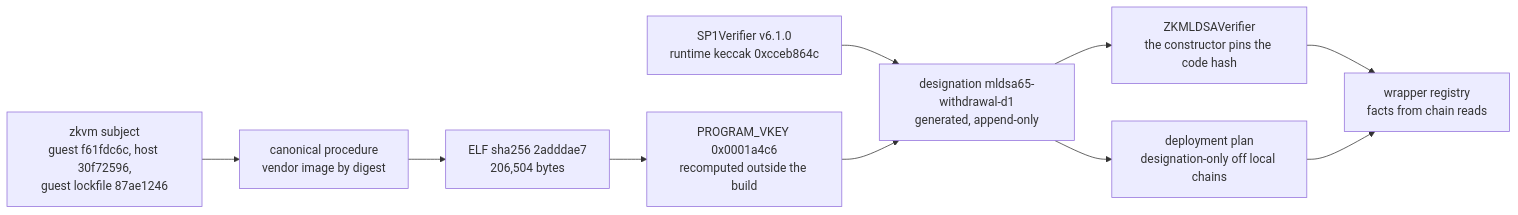
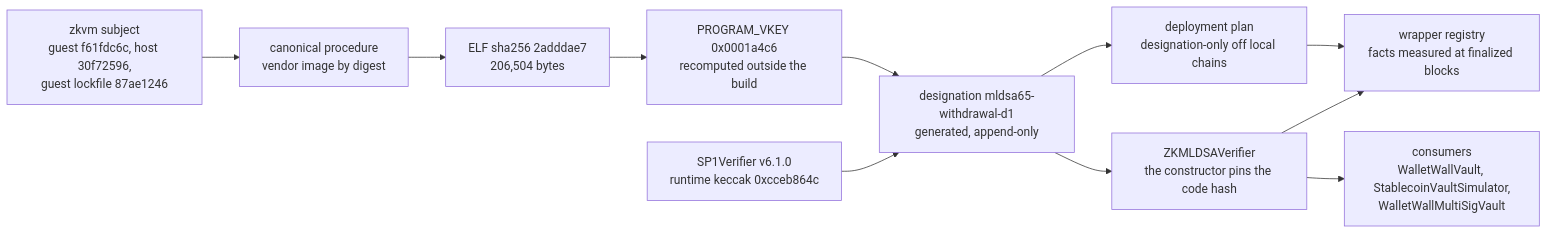
One commit to Wallet-Wall/walletwall-vault changed the first of 3 diagrams in docs/SP1_Implementation_Pin_Designation_Registry.md. Above: the diagram before and after it, drawn with Mermaid. The commit also changed other lines of this file and 4 other files, not shown here.

````diff
--- a/docs/SP1_Implementation_Pin_Designation_Registry.md
+++ b/docs/SP1_Implementation_Pin_Designation_Registry.md
@@ -52,12 +58,13 @@
 ```mermaid
 flowchart LR
   S["zkvm subject<br/>guest f61fdc6c, host 30f72596,<br/>guest lockfile 87ae1246"] --> P["canonical procedure<br/>vendor image by digest"]
   P --> E["ELF sha256 2adddae7<br/>206,504 bytes"]
   E --> K["PROGRAM_VKEY 0x0001a4c6<br/>recomputed outside the build"]
   V["SP1Verifier v6.1.0<br/>runtime keccak 0xcceb864c"] --> D
   K --> D["designation mldsa65-withdrawal-d1<br/>generated, append-only"]
   D --> W["ZKMLDSAVerifier<br/>the constructor pins the code hash"]
   D --> T["deployment plan<br/>designation-only off local chains"]
-  W --> R["wrapper registry<br/>facts from chain reads"]
+  W --> R["wrapper registry<br/>facts measured at finalized blocks"]
   T --> R
+  W --> C["consumers<br/>WalletWallVault, StablecoinVaultSimulator,<br/>WalletWallMultiSigVault"]
 ```
````
